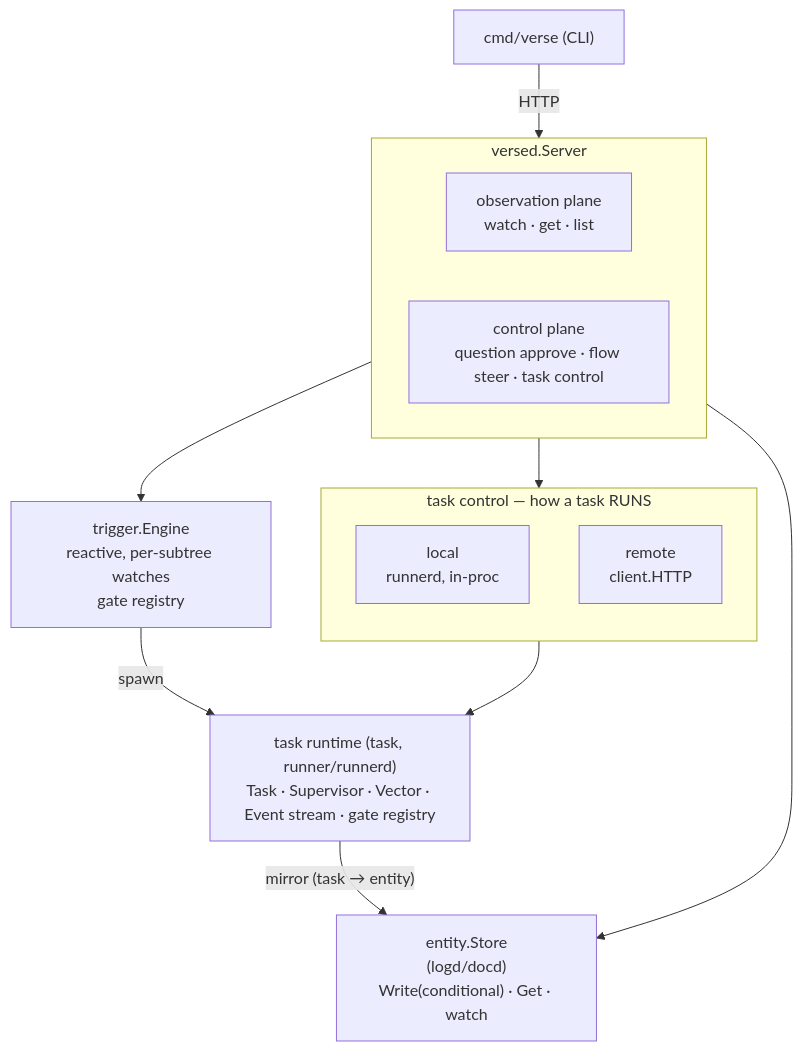
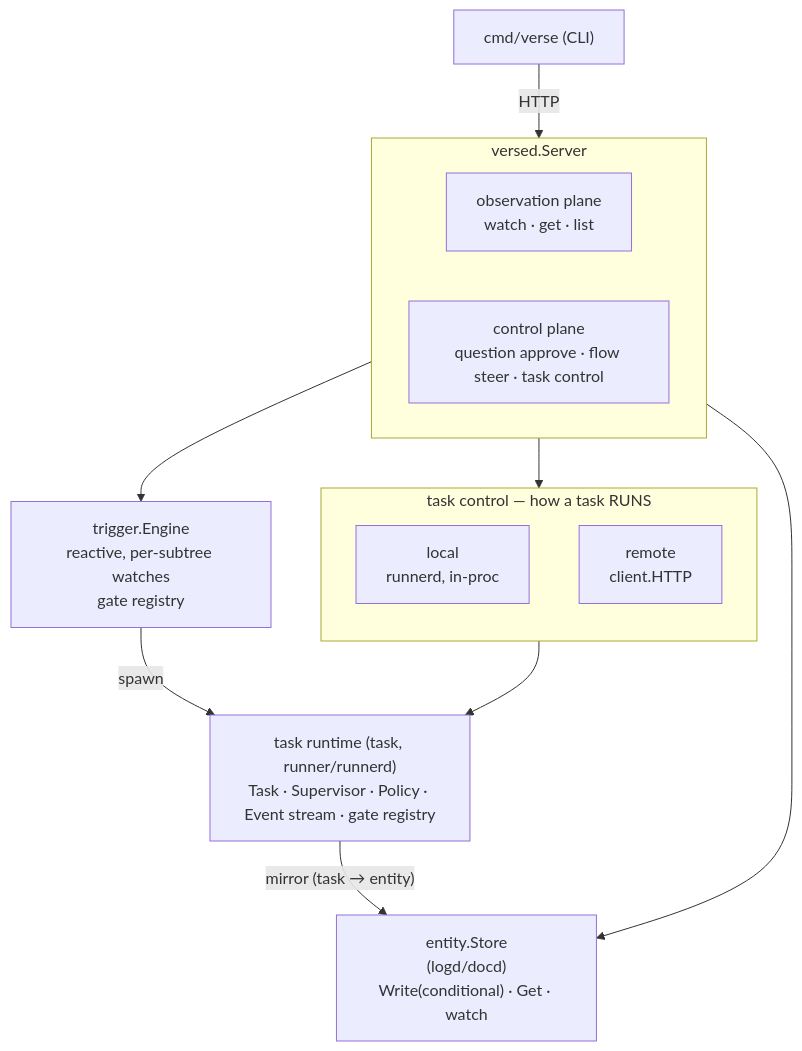
One commit to signadot/viff changed the diagram in docs/platform/architecture.md. Above: the diagram before and after it, drawn with Mermaid. The commit also changed other lines of this file and 513 other files, not shown here.

````diff
--- a/docs/platform/architecture.md
+++ b/docs/platform/architecture.md
@@ -10,29 +10,29 @@
 ```mermaid
 flowchart TB
   cli["cmd/verse (CLI)"]
 
   subgraph versed["versed.Server"]
     direction LR
     obs["observation plane<br/>watch · get · list"]
     ctl["control plane<br/>question approve · flow steer · task control"]
   end
 
   store["entity.Store<br/>(logd/docd)<br/>Write(conditional) · Get · watch"]
   trig["trigger.Engine<br/>reactive, per-subtree watches<br/>gate registry"]
 
   subgraph run["task control — how a task RUNS"]
     direction TB
     local["local<br/>runnerd, in-proc"]
     remote["remote<br/>client.HTTP"]
   end
 
-  rt["task runtime (task, runner/runnerd)<br/>Task · Supervisor · Vector · Event stream · gate registry"]
+  rt["task runtime (task, runner/runnerd)<br/>Task · Supervisor · Policy · Event stream · gate registry"]
 
   cli -->|"HTTP"| versed
   obs --> store
   ctl --> trig
   ctl --> run
   trig -->|"spawn"| rt
   run --> rt
   rt -->|"mirror (task → entity)"| store
 ```
````
